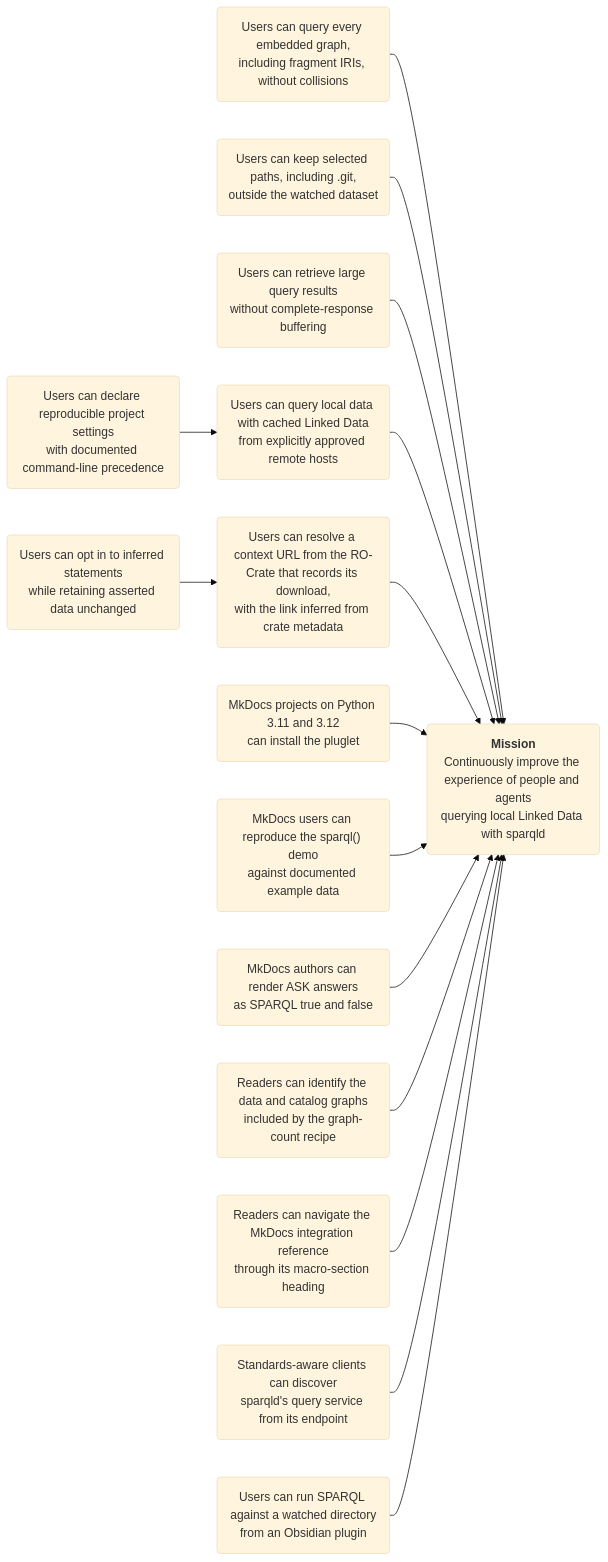
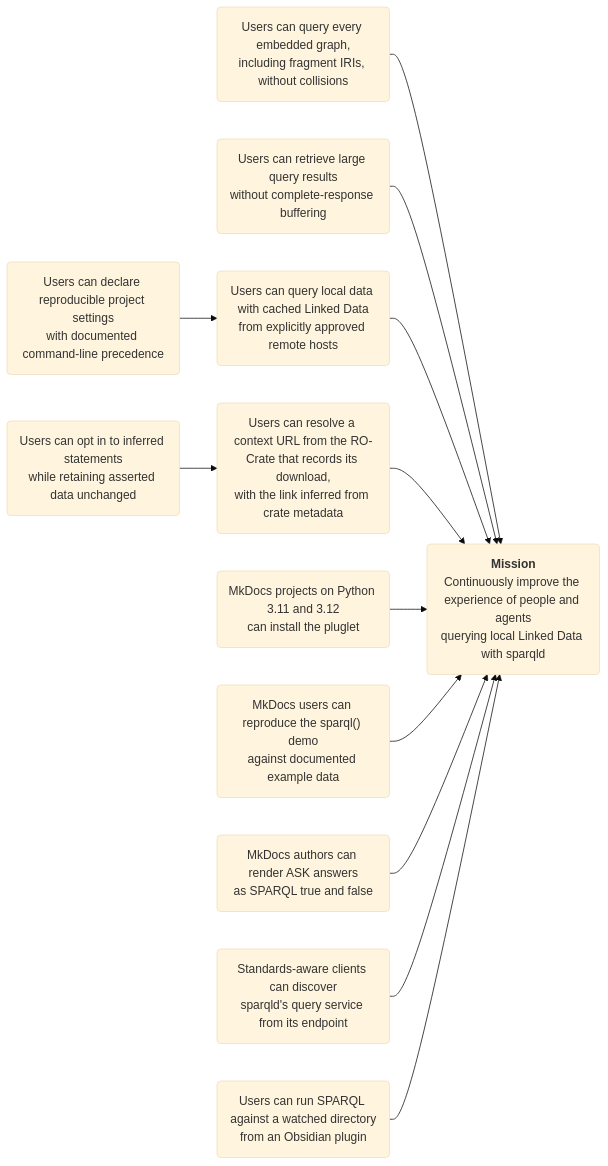
Before and after one commit to iolanta-tech/sparqld: the diagram in docs/project/roadmap.md, drawn with Mermaid (base theme). The commit also changed other lines of this file, not shown here.

Commit message:
Refresh completed roadmap outcomes

````diff
--- a/docs/project/roadmap.md
+++ b/docs/project/roadmap.md
@@ -23,34 +23,28 @@
 ```mermaid
 flowchart LR
     fragments("Users can query every embedded graph,<br/>including fragment IRIs, without collisions")
-    exclusions("Users can keep selected paths, including .git,<br/>outside the watched dataset")
     streaming("Users can retrieve large query results<br/>without complete-response buffering")
     configuration("Users can declare reproducible project settings<br/>with documented command-line precedence")
     remote("Users can query local data with cached Linked Data<br/>from explicitly approved remote hosts")
     reasoning("Users can opt in to inferred statements<br/>while retaining asserted data unchanged")
     crateContexts("Users can resolve a context URL from the RO-Crate that records its download,<br/>with the link inferred from crate metadata")
     python("MkDocs projects on Python 3.11 and 3.12<br/>can install the pluglet")
     demo("MkDocs users can reproduce the sparql() demo<br/>against documented example data")
     ask("MkDocs authors can render ASK answers<br/>as SPARQL true and false")
-    graphCounts("Readers can identify the data and catalog graphs<br/>included by the graph-count recipe")
-    heading("Readers can navigate the MkDocs integration reference<br/>through its macro-section heading")
     discovery("Standards-aware clients can discover<br/>sparqld's query service from its endpoint")
     obsidian("Users can run SPARQL against a watched directory<br/>from an Obsidian plugin")
     mission("<strong>Mission</strong><br/>Continuously improve the experience of people and agents<br/>querying local Linked Data with sparqld")
 
     configuration --> remote
     reasoning --> crateContexts
 
     fragments --> mission
-    exclusions --> mission
     streaming --> mission
     remote --> mission
     crateContexts --> mission
     python --> mission
     demo --> mission
     ask --> mission
-    graphCounts --> mission
-    heading --> mission
     discovery --> mission
     obsidian --> mission
 ```
````
